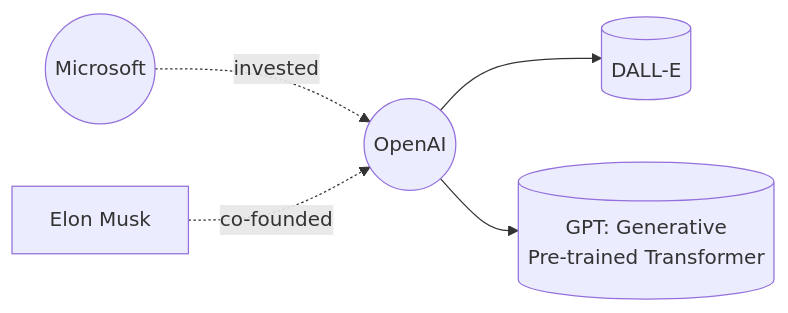
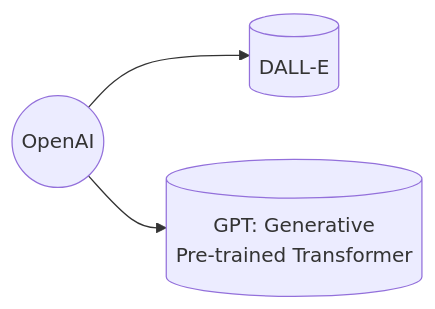
One commit to FuReSH/slides changed the second of 3 diagrams in 2023-01-ki/slides.md. Above: the diagram before and after it, drawn with Mermaid. The commit also changed other lines of this file and 4 other files, not shown here.

```diff
--- a/2023-01-ki/slides.md
+++ b/2023-01-ki/slides.md
@@ -107,7 +165,5 @@
 <pre class="mermaid">
 flowchart LR
     comp2((OpenAI)) --> dalle[(DALL-E)]
     comp2 --> gpt[(GPT: Generative \nPre-trained Transformer)]
-    comp3((Microsoft)) -.->|invested| comp2
-    pers1[Elon Musk] -.->|co-founded| comp2
 </pre>
```
